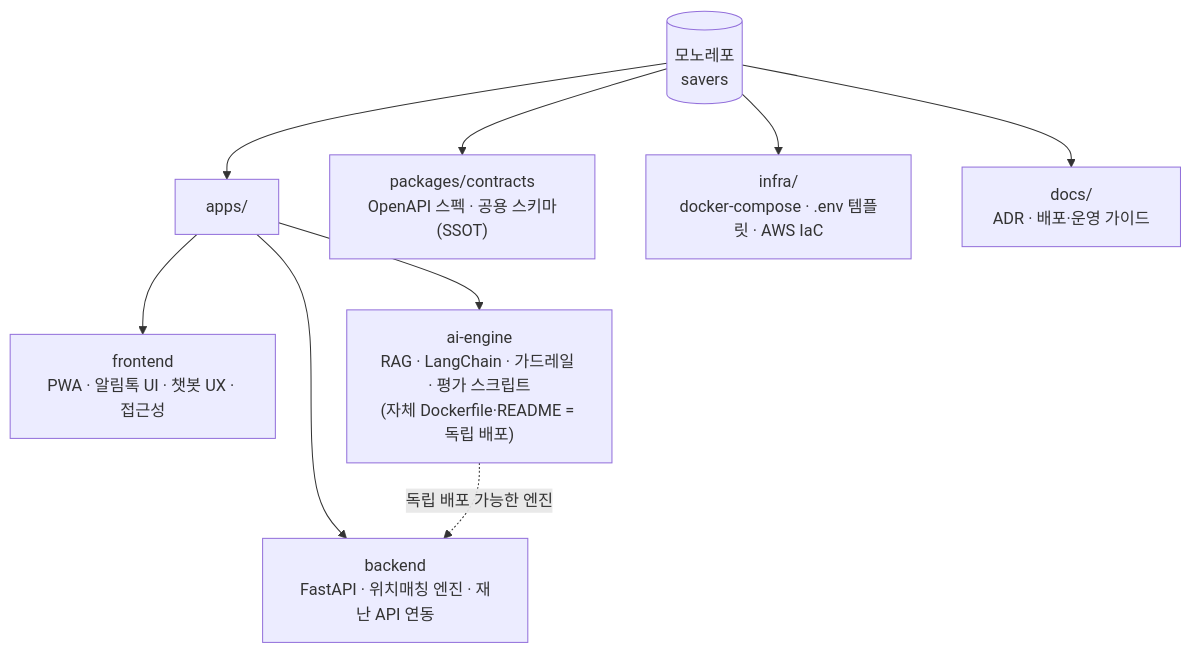
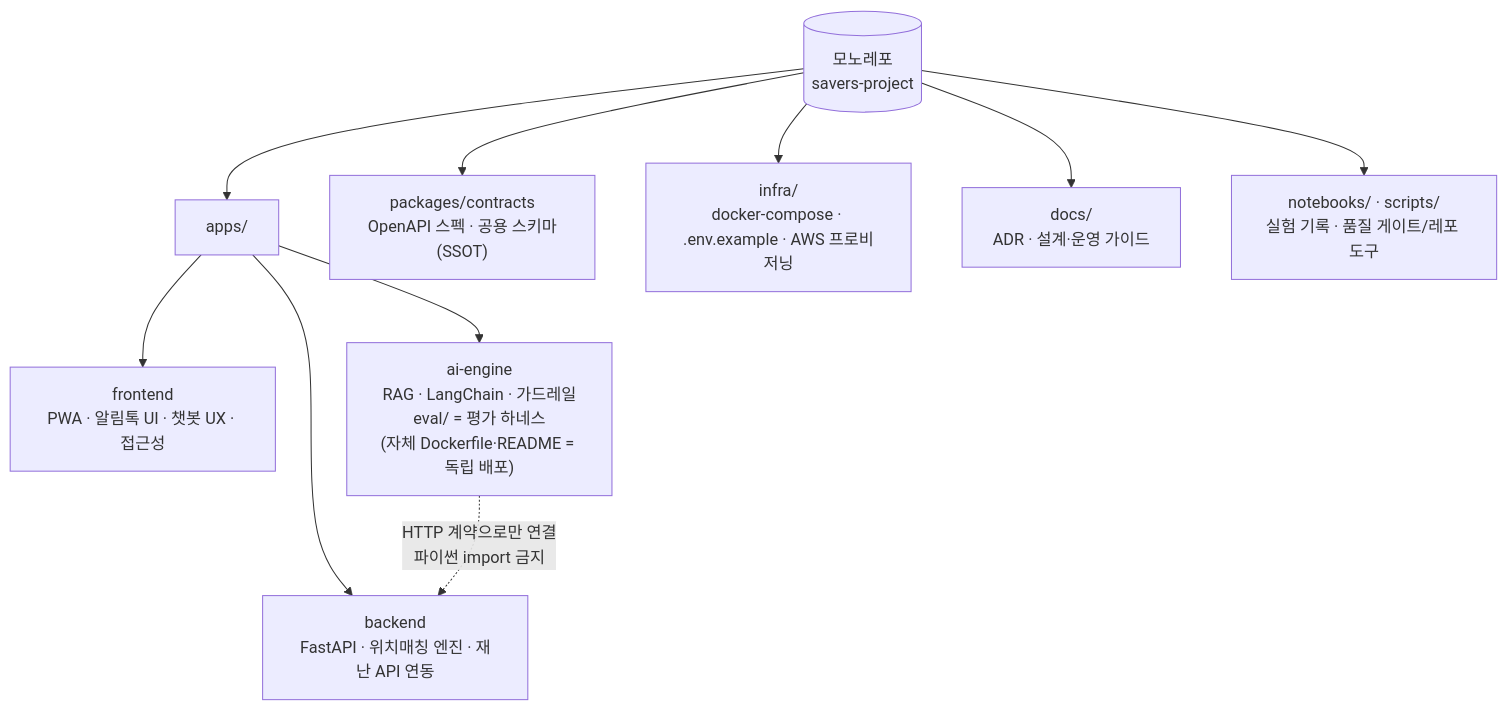
Before and after one commit to team-savers/savers-project: the fourth of 4 diagrams in docs/공통_가이드/아키텍처.md, drawn with Mermaid. The commit also changed other lines of this file and 12 other files, not shown here.

````diff
--- a/docs/공통_가이드/아키텍처.md
+++ b/docs/공통_가이드/아키텍처.md
@@ -111,14 +111,15 @@
 ```mermaid
 flowchart TB
-    REPO[("모노레포<br/>savers")]
+    REPO[("모노레포<br/>savers-project")]
     REPO --> APPS["apps/"]
     REPO --> PKG["packages/contracts<br/>OpenAPI 스펙 · 공용 스키마(SSOT)"]
-    REPO --> INFRA2["infra/<br/>docker-compose · .env 템플릿 · AWS IaC"]
-    REPO --> DOCS["docs/<br/>ADR · 배포·운영 가이드"]
+    REPO --> INFRA2["infra/<br/>docker-compose · .env.example · AWS 프로비저닝"]
+    REPO --> DOCS["docs/<br/>ADR · 설계·운영 가이드"]
+    REPO --> TOOL["notebooks/ · scripts/<br/>실험 기록 · 품질 게이트/레포 도구"]
 
     APPS --> FE["frontend<br/>PWA · 알림톡 UI · 챗봇 UX · 접근성"]
     APPS --> BE["backend<br/>FastAPI · 위치매칭 엔진 · 재난 API 연동"]
-    APPS --> AI["ai-engine<br/>RAG · LangChain · 가드레일 · 평가 스크립트<br/>(자체 Dockerfile·README = 독립 배포)"]
+    APPS --> AI["ai-engine<br/>RAG · LangChain · 가드레일<br/>eval/ = 평가 하네스<br/>(자체 Dockerfile·README = 독립 배포)"]
 
-    AI -.독립 배포 가능한 엔진.-> BE
+    AI -.HTTP 계약으로만 연결<br/>파이썬 import 금지.-> BE
 ```
````
